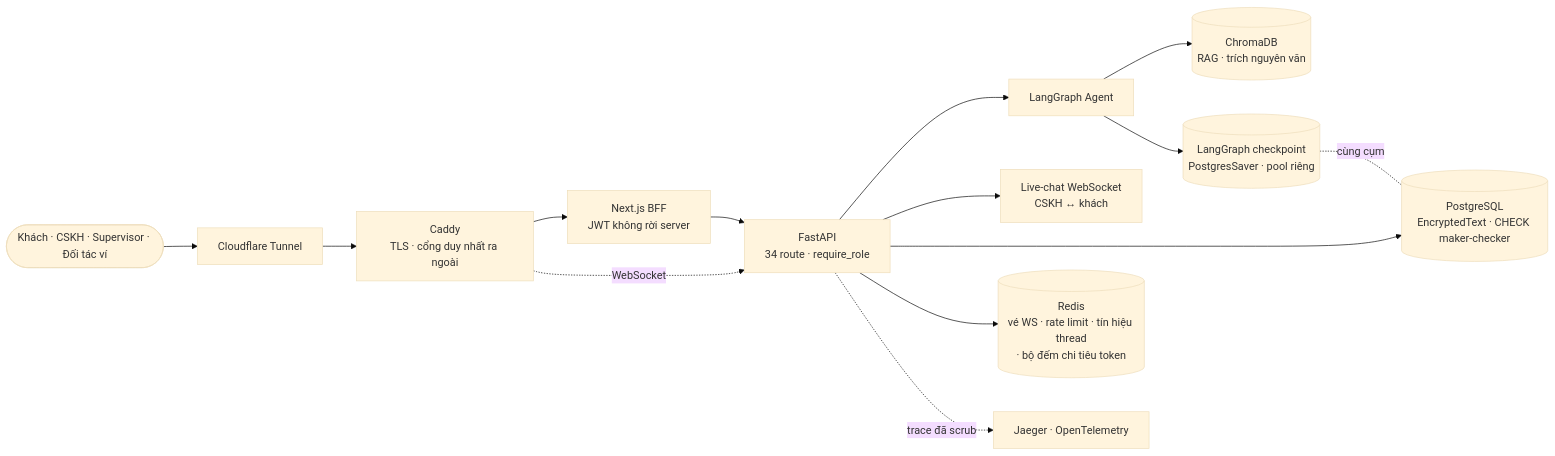
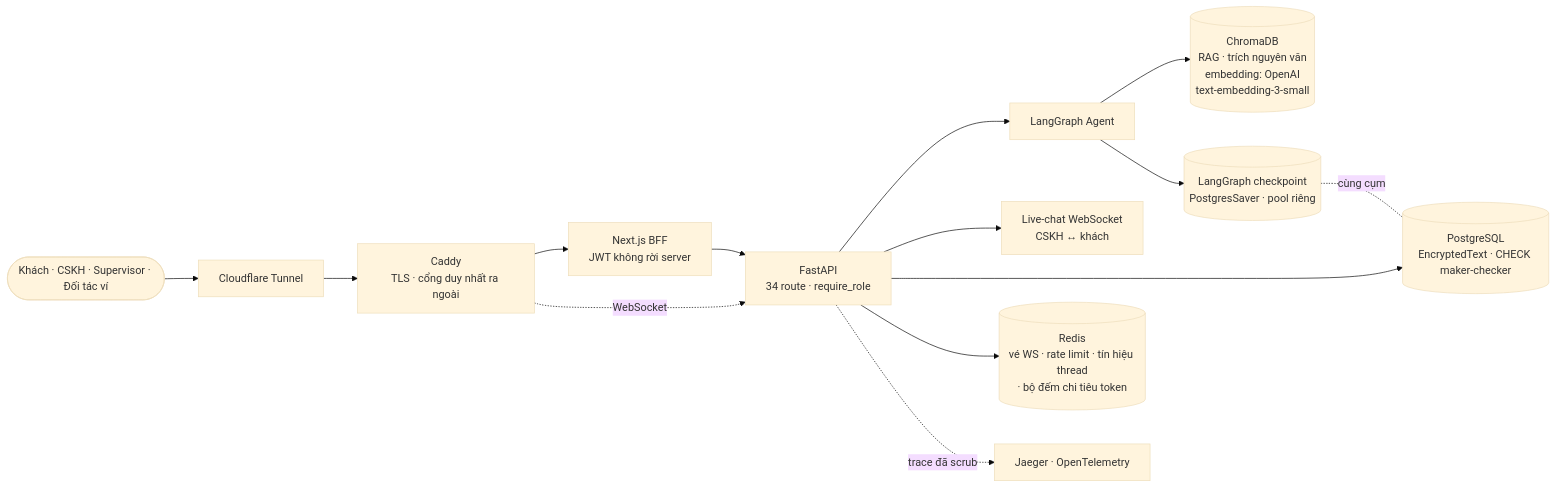
Before and after one commit to jinsimple/Sen-AI-customer-service-agent-for-e-wallets: the first of 3 diagrams in docs/architecture_diagram.md, drawn with Mermaid (base theme). The commit also changed other lines of this file and 1 other file, not shown here.

Commit message:
📐 docs(architecture): sửa nốt ARCHITECTURE.md — cùng lỗi model, 2 chỗ
Bản 16/08 ghi 'OpenAI GPT-4o-mini' ở cả sơ đồ lẫn bảng công nghệ. Thực tế:
chat = bể 4 model DashScope (ADR-043), embedding = text-embedding-3-small
qua OpenAI ([ĐO] EMBEDDING_BASE_URL=None). HAI nhà cung cấp khác nhau —
dữ kiện kiến trúc thật, cố ý tách, chưa tài liệu nào nói.

````diff
--- a/docs/architecture_diagram.md
+++ b/docs/architecture_diagram.md
@@ -13,21 +13,21 @@
 ```mermaid
 graph LR
     U([Khách · CSKH · Supervisor · Đối tác ví])
     U --> CF[Cloudflare Tunnel]
     CF --> CD[Caddy<br/>TLS · cổng duy nhất ra ngoài]
     CD --> FE[Next.js BFF<br/>JWT không rời server]
     CD -.WebSocket.-> BE
     FE --> BE[FastAPI<br/>34 route · require_role]
 
     BE --> AG[LangGraph Agent]
     BE --> LC[Live-chat WebSocket<br/>CSKH ↔ khách]
 
-    AG --> RAG[(ChromaDB<br/>RAG · trích nguyên văn)]
+    AG --> RAG[(ChromaDB<br/>RAG · trích nguyên văn<br/>embedding: OpenAI<br/>text-embedding-3-small)]
     AG --> CP[(LangGraph checkpoint<br/>PostgresSaver · pool riêng)]
 
     BE --> DB[(PostgreSQL<br/>EncryptedText · CHECK maker-checker)]
     BE --> RD[(Redis<br/>vé WS · rate limit · tín hiệu thread<br/>· bộ đếm chi tiêu token)]
     BE -.trace đã scrub.-> JG[Jaeger · OpenTelemetry]
 
     CP -.cùng cụm.- DB
 ```
````
